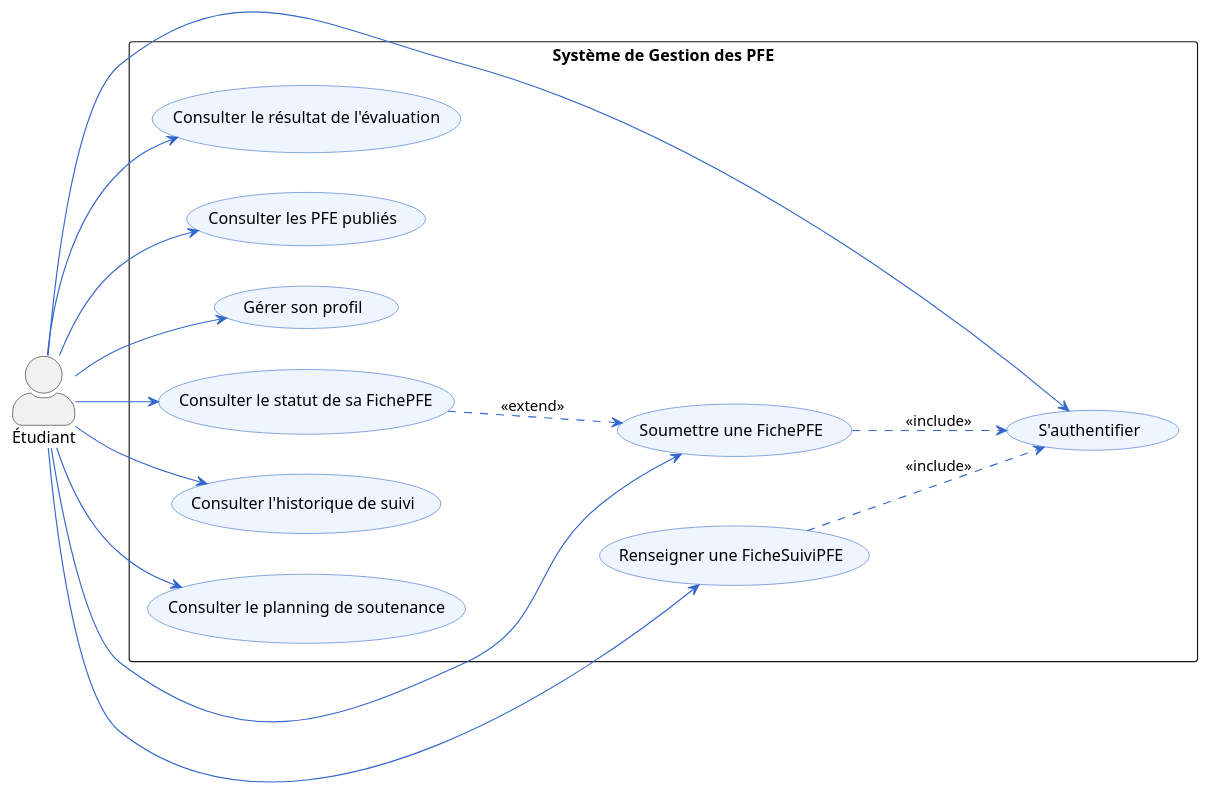
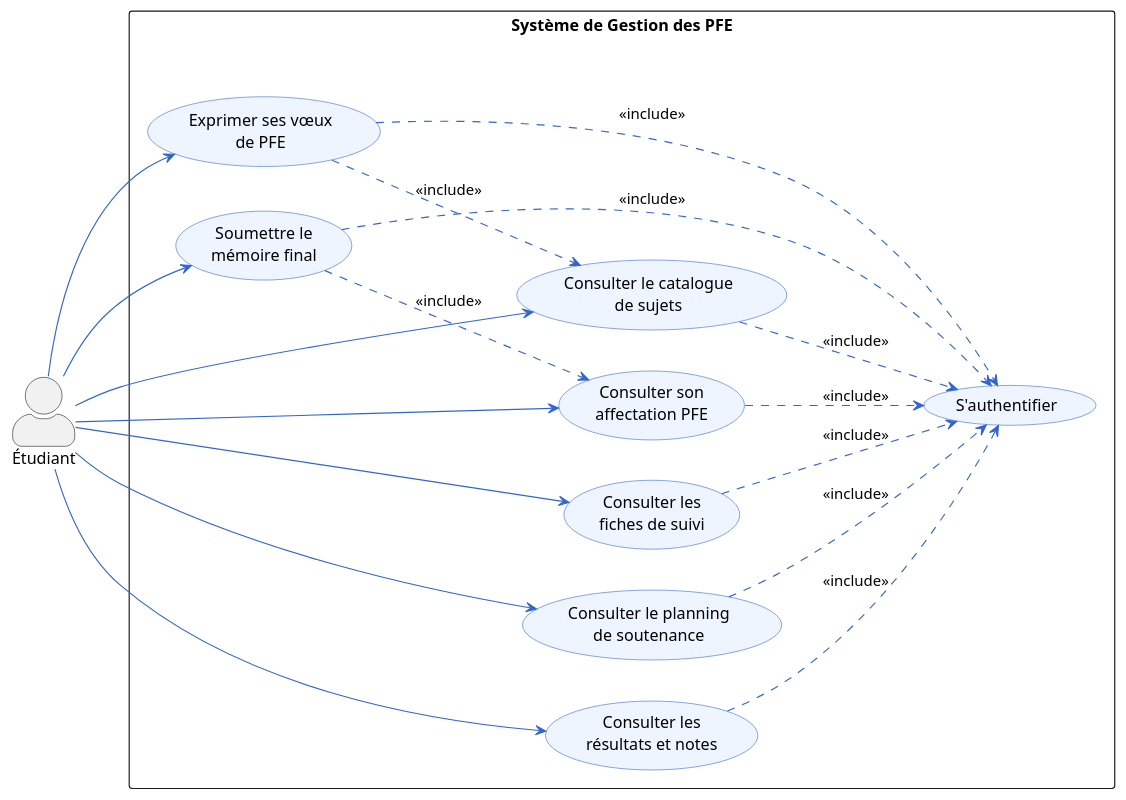
Before and after one commit to rhpo/pfe-enhanced: the diagram in diagrams/uc-etudiant.puml, drawn with PlantUML. The commit also changed 50 other files, not shown here.

Commit message:
Chapter 3 conception, UML diagrams, bibliography fixes and figure sizing

```diff
--- a/diagrams/uc-etudiant.puml
+++ b/diagrams/uc-etudiant.puml
@@ -1,38 +1,42 @@
 @startuml
 left to right direction
 skinparam actorStyle awesome
 skinparam packageStyle rectangle
 skinparam usecase {
   BackgroundColor #EEF5FF
   BorderColor #3366CC
   ArrowColor #3366CC
 }
 
 actor "Étudiant" as E
 
 rectangle "Système de Gestion des PFE" {
-  usecase "S'authentifier" as UC1
-  usecase "Gérer son profil" as UC2
-  usecase "Soumettre une FichePFE" as UC3
-  usecase "Consulter le statut de sa FichePFE" as UC4
-  usecase "Renseigner une FicheSuiviPFE" as UC5
-  usecase "Consulter l'historique de suivi" as UC6
-  usecase "Consulter le planning de soutenance" as UC7
-  usecase "Consulter le résultat de l'évaluation" as UC8
-  usecase "Consulter les PFE publiés" as UC9
+  usecase "S'authentifier" as AUTH
+  usecase "Consulter le catalogue\nde sujets" as UC1
+  usecase "Exprimer ses vœux\nde PFE" as UC2
+  usecase "Consulter son\naffectation PFE" as UC3
+  usecase "Consulter les\nfiches de suivi" as UC4
+  usecase "Soumettre le\nmémoire final" as UC5
+  usecase "Consulter le planning\nde soutenance" as UC6
+  usecase "Consulter les\nrésultats et notes" as UC7
 }
 
 E --> UC1
 E --> UC2
 E --> UC3
 E --> UC4
 E --> UC5
 E --> UC6
 E --> UC7
-E --> UC8
-E --> UC9
 
-UC3 ..> UC1 : <<include>>
-UC5 ..> UC1 : <<include>>
-UC4 ..> UC3 : <<extend>>
+UC1 ..> AUTH : <<include>>
+UC2 ..> AUTH : <<include>>
+UC3 ..> AUTH : <<include>>
+UC4 ..> AUTH : <<include>>
+UC5 ..> AUTH : <<include>>
+UC6 ..> AUTH : <<include>>
+UC7 ..> AUTH : <<include>>
+
+UC2 ..> UC1 : <<include>>
+UC5 ..> UC3 : <<include>>
 @enduml
```
